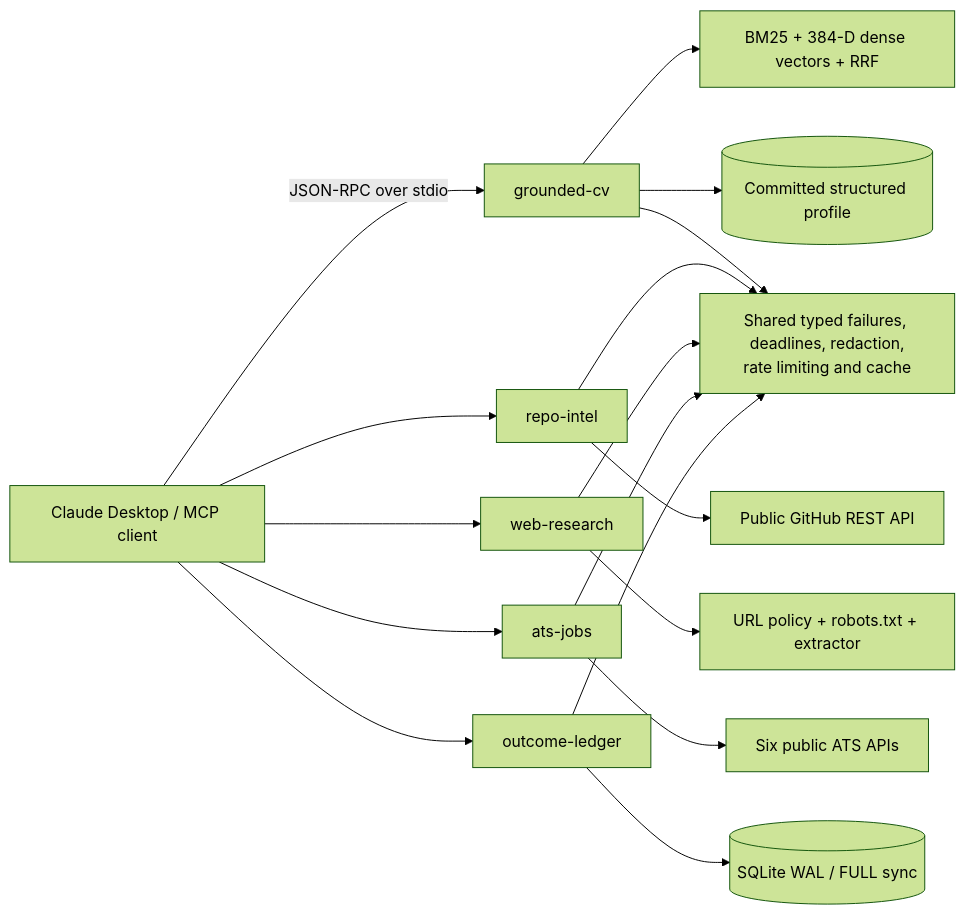
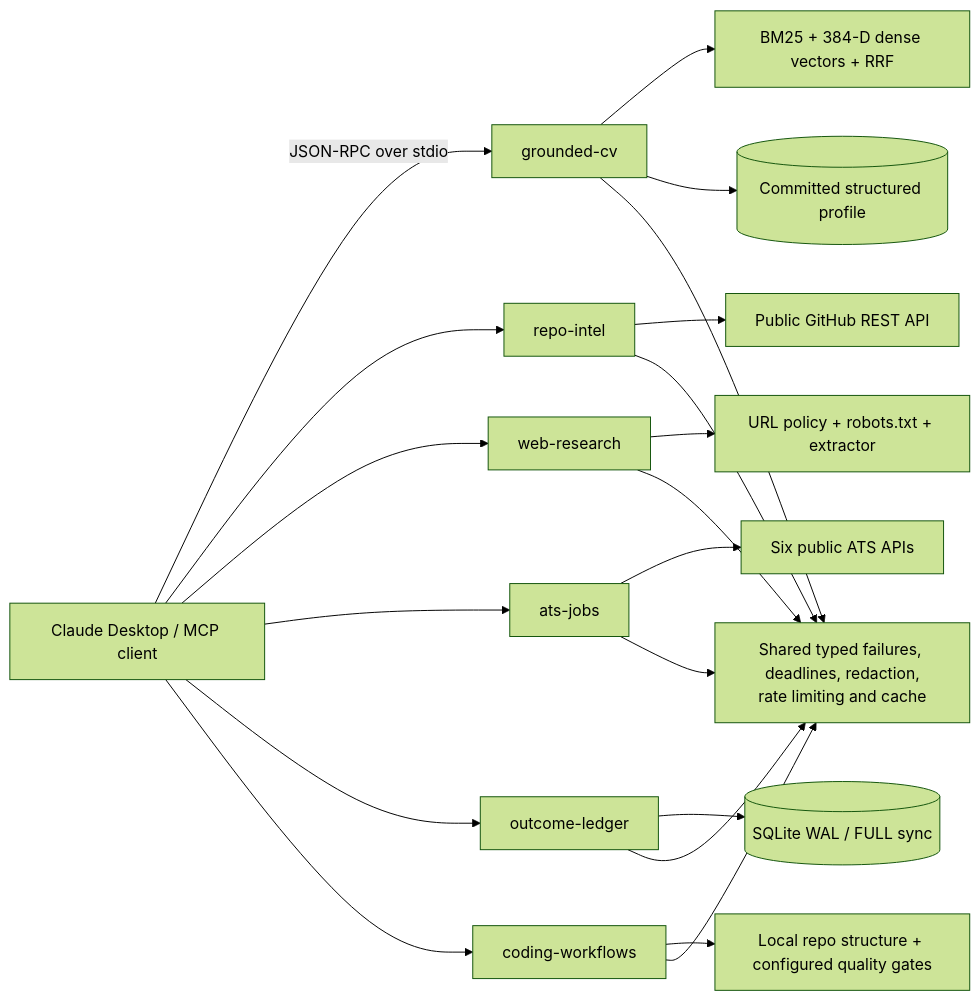
The diagram in README.md (prathamesh-git9/mcp-servers), drawn with Mermaid (forest theme) before and after one commit. The commit also changed other lines of this file and 2 other files, not shown here.

Commit message:
docs: publish coding workflows quickstart

````diff
--- a/README.md
+++ b/README.md
@@ -149,17 +171,19 @@
 ```mermaid
 flowchart LR
     C[Claude Desktop / MCP client] -->|JSON-RPC over stdio| G[grounded-cv]
     C --> R[repo-intel]
     C --> W[web-research]
     C --> A[ats-jobs]
     C --> O[outcome-ledger]
+    C --> CW[coding-workflows]
 
     G --> H[BM25 + 384-D dense vectors + RRF]
     G --> P[(Committed structured profile)]
     R --> GH[Public GitHub REST API]
     W --> RB[URL policy + robots.txt + extractor]
     A --> ATS[Six public ATS APIs]
     O --> SQ[(SQLite WAL / FULL sync)]
+    CW --> RC[Local repo structure + configured quality gates]
 
-    G & R & W & A & O --> CORE["Shared typed failures, deadlines, redaction,<br/>rate limiting and cache"]
+    G & R & W & A & O & CW --> CORE["Shared typed failures, deadlines, redaction,<br/>rate limiting and cache"]
 ```
````
